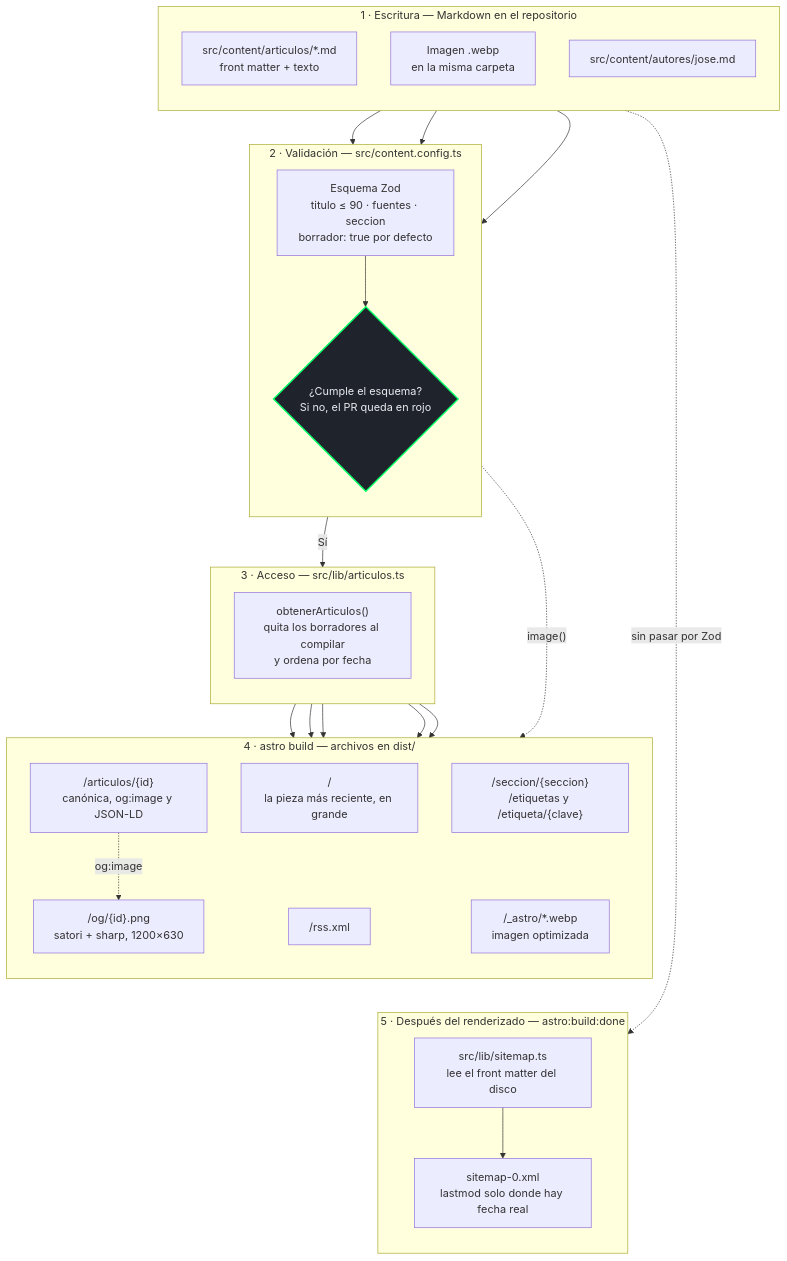
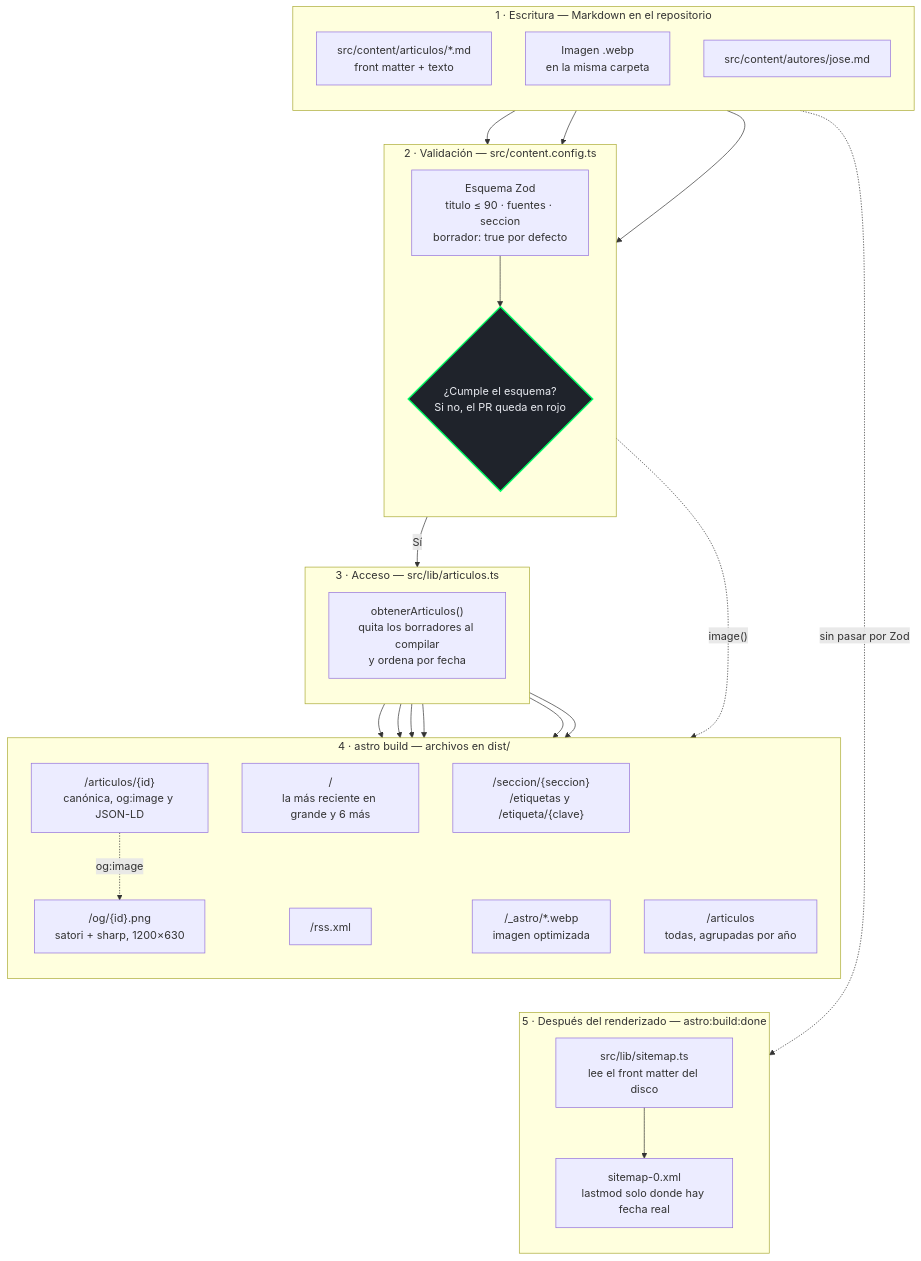
Before and after one commit to jose16d/modo-paranoia: the diagram in docs/diagramas/arquitectura-de-contenido.md, drawn with Mermaid. The commit also changed 6 other files, not shown here.

````diff
--- a/docs/diagramas/arquitectura-de-contenido.md
+++ b/docs/diagramas/arquitectura-de-contenido.md
@@ -8,60 +8,62 @@
 ```mermaid
 flowchart TD
     subgraph escritura["1 · Escritura — Markdown en el repositorio"]
         direction TB
         MD["src/content/articulos/*.md<br/>front matter + texto"]
         IMG["Imagen .webp<br/>en la misma carpeta"]
         AUT["src/content/autores/jose.md"]
     end
 
     subgraph validacion["2 · Validación — src/content.config.ts"]
         direction TB
         ZOD["Esquema Zod<br/>titulo ≤ 90 · fuentes · seccion<br/>borrador: true por defecto"]
         CHK{"¿Cumple el esquema?<br/>Si no, el PR queda en rojo"}
         ZOD --> CHK
     end
 
     subgraph acceso["3 · Acceso — src/lib/articulos.ts"]
         direction TB
         OBT["obtenerArticulos()<br/>quita los borradores al compilar<br/>y ordena por fecha"]
     end
 
     subgraph salidas["4 · astro build — archivos en dist/"]
         direction TB
-        POR["/<br/>la pieza más reciente, en grande"]
+        POR["/<br/>la más reciente en grande y 6 más"]
+        ARC["/articulos<br/>todas, agrupadas por año"]
         ART["/articulos/{id}<br/>canónica, og:image y JSON-LD"]
         LIS["/seccion/{seccion}<br/>/etiquetas y /etiqueta/{clave}"]
         OG["/og/{id}.png<br/>satori + sharp, 1200×630"]
         RSS["/rss.xml"]
         AST["/_astro/*.webp<br/>imagen optimizada"]
     end
 
     subgraph despues["5 · Después del renderizado — astro:build:done"]
         direction TB
         SMT["src/lib/sitemap.ts<br/>lee el front matter del disco"]
         SM["sitemap-0.xml<br/>lastmod solo donde hay fecha real"]
         SMT --> SM
     end
 
     MD --> ZOD
     IMG --> ZOD
     AUT --> ZOD
     CHK -->|Sí| OBT
     OBT --> POR
+    OBT --> ARC
     OBT --> ART
     OBT --> LIS
     OBT --> OG
     OBT --> RSS
     ZOD -.->|"image()"| AST
     ART -.->|"og:image"| OG
     MD -.->|"sin pasar por Zod"| SMT
 
     %% Enlaces invisibles: solo ordenan el trazado. Ponen los archivos debajo de las
     %% páginas y el paso 5 al final, donde ocurre, en vez de junto al paso 2.
     POR ~~~ RSS
     LIS ~~~ AST
     RSS ~~~ SMT
 
     classDef puerta fill:#1F232B,stroke:#00FF66,stroke-width:2px,color:#E8EAF0
     class CHK puerta
 ```
````
